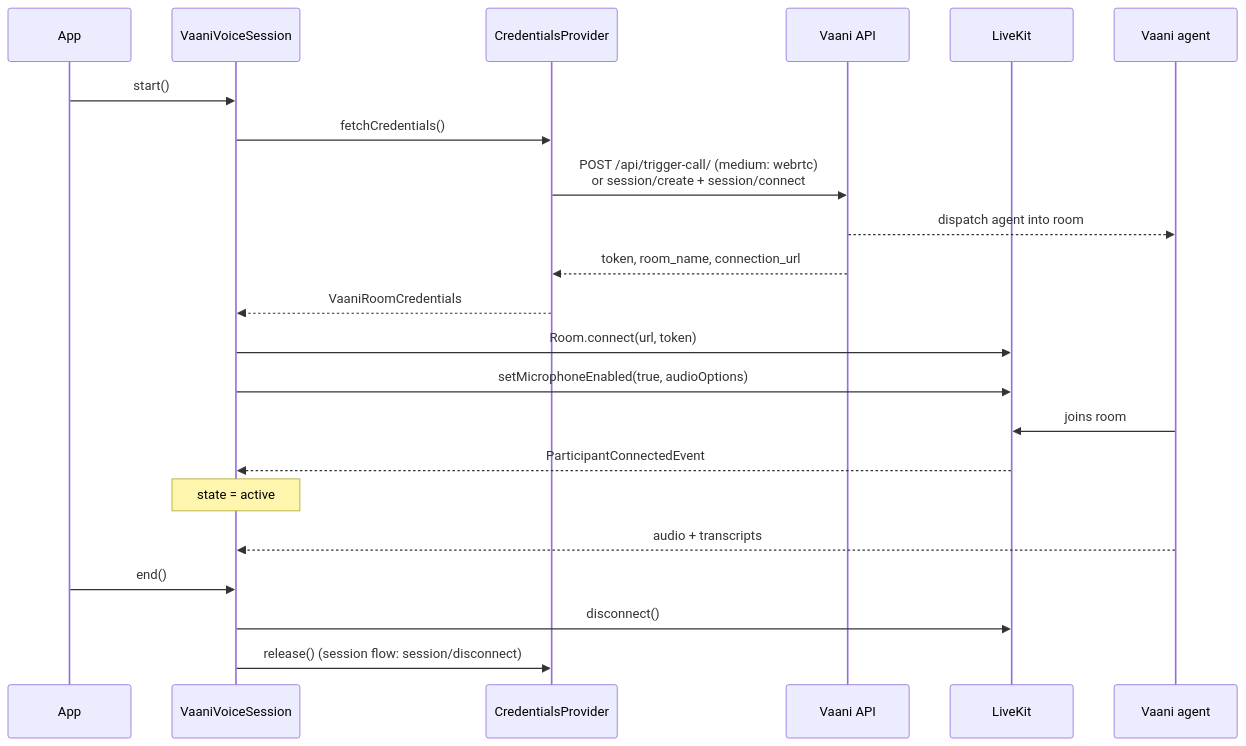
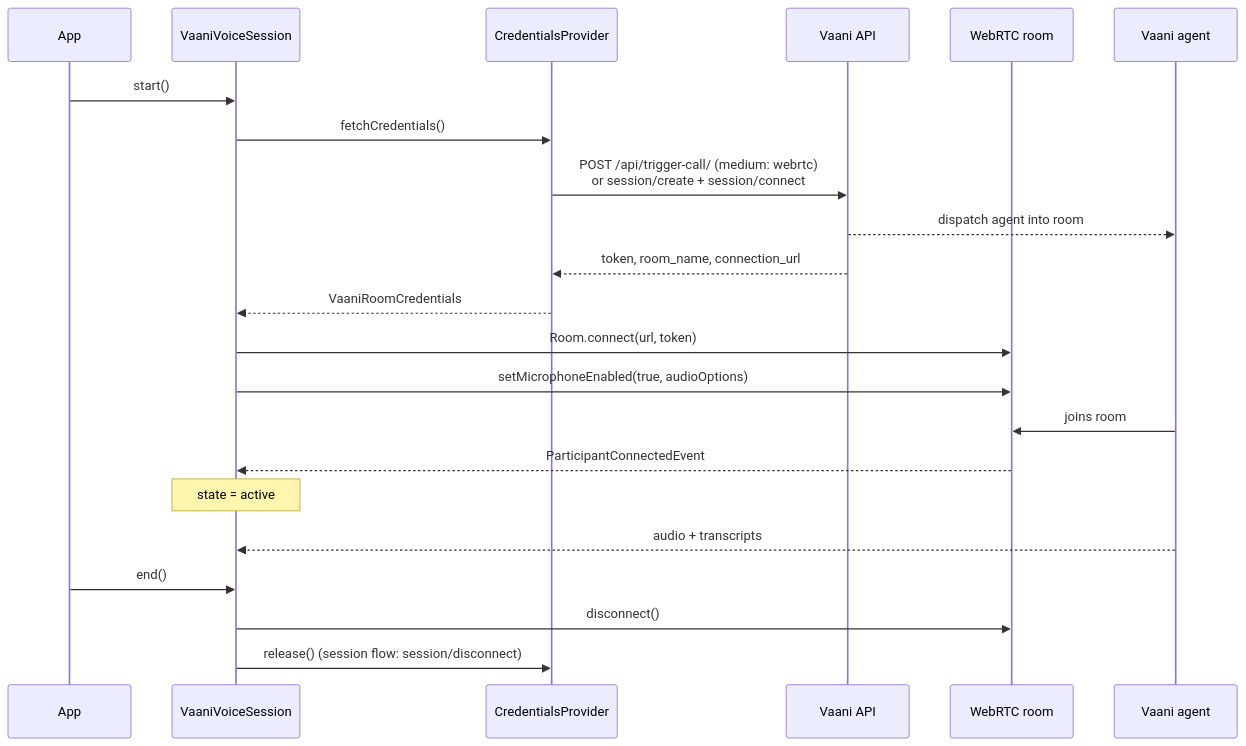
The second of 3 diagrams in docs/architecture.md (VaaniResearchLab/vaani-flutter-sdk), drawn with Mermaid before and after one commit. The commit also changed other lines of this file and 10 other files, not shown here.

````diff
--- a/docs/architecture.md
+++ b/docs/architecture.md
@@ -42,25 +40,25 @@
 ```mermaid
 sequenceDiagram
   participant App
   participant S as VaaniVoiceSession
   participant P as CredentialsProvider
   participant V as Vaani API
-  participant L as LiveKit
+  participant L as WebRTC room
   participant A as Vaani agent
 
   App->>S: start()
   S->>P: fetchCredentials()
   P->>V: POST /api/trigger-call/ (medium: webrtc)<br/>or session/create + session/connect
   V-->>A: dispatch agent into room
   V-->>P: token, room_name, connection_url
   P-->>S: VaaniRoomCredentials
   S->>L: Room.connect(url, token)
   S->>L: setMicrophoneEnabled(true, audioOptions)
   A->>L: joins room
   L-->>S: ParticipantConnectedEvent
   Note over S: state = active
   A-->>S: audio + transcripts
   App->>S: end()
   S->>L: disconnect()
   S->>P: release() (session flow: session/disconnect)
 ```
````
